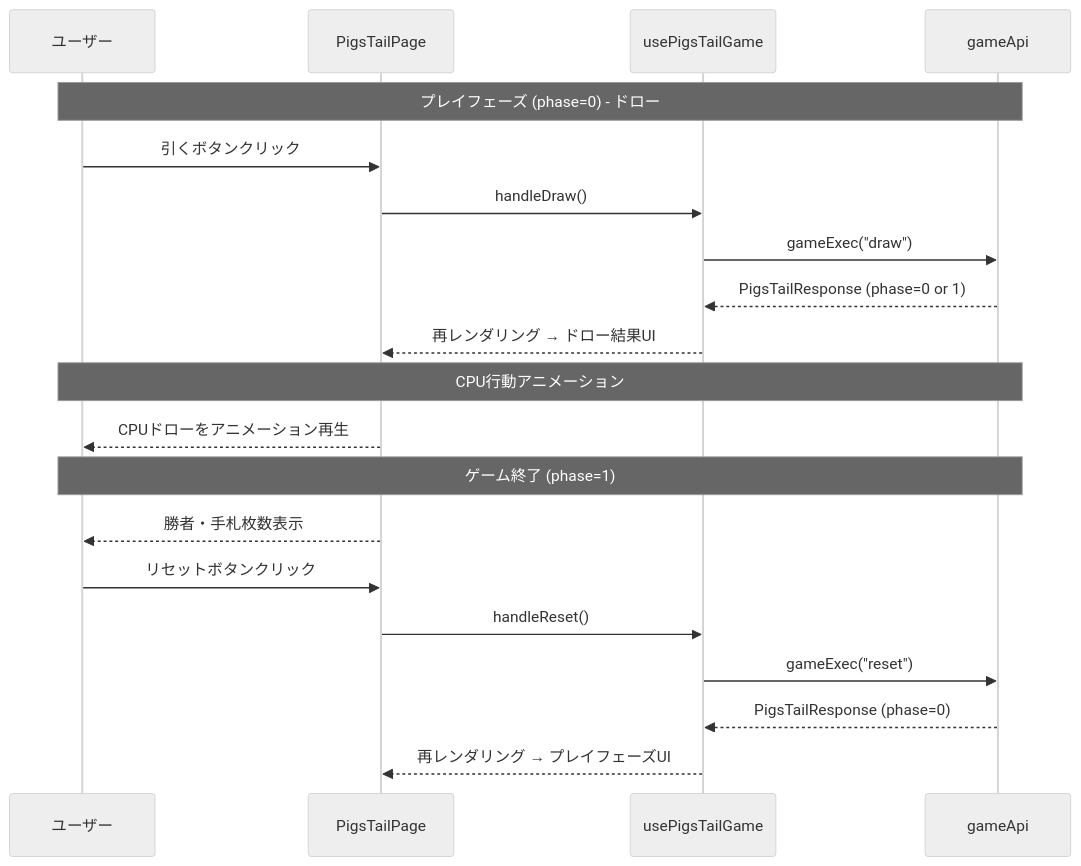
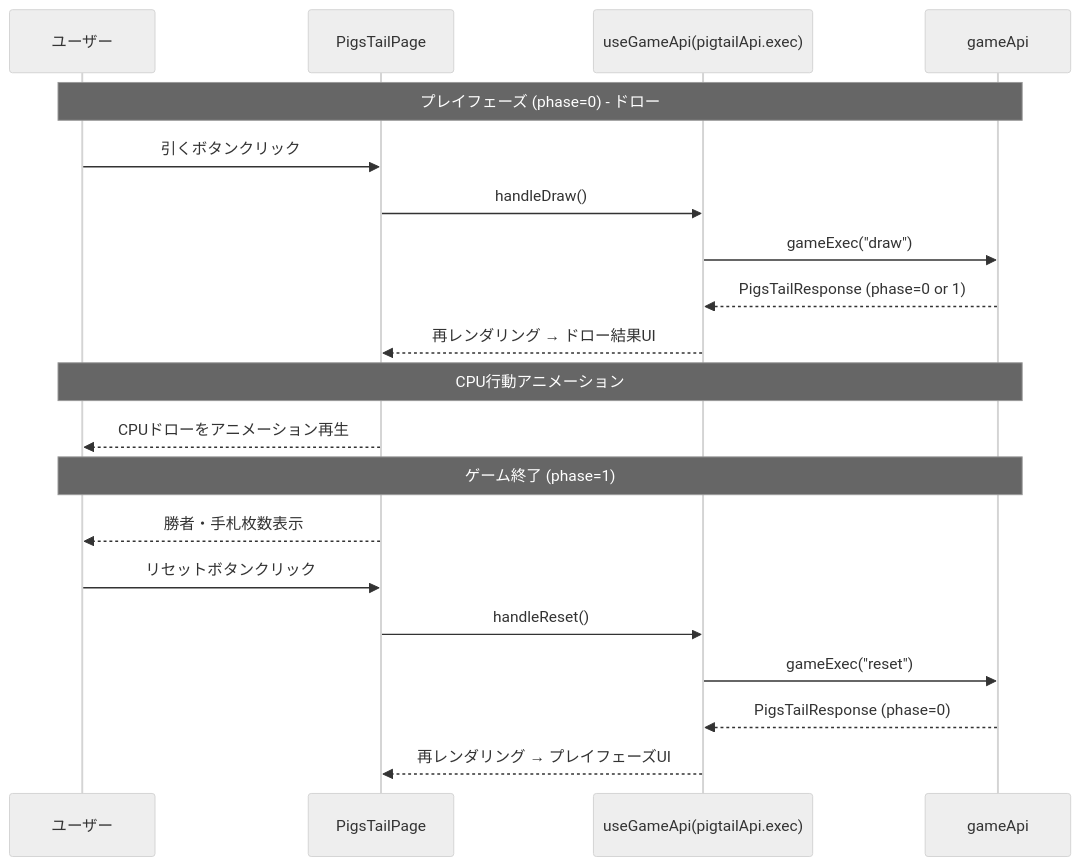
Diagram 23 of 49 in docs/design/frontend.md (yuta-yoshinaga/go_trumpcards), drawn with Mermaid (neutral theme) before and after one commit. The commit also changed other lines of this file and 12 other files, not shown here.

````diff
--- a/docs/design/frontend.md
+++ b/docs/design/frontend.md
@@ -2557,25 +2517,25 @@
 ```mermaid
 sequenceDiagram
     participant User as ユーザー
     participant Page as PigsTailPage
-    participant Hook as usePigsTailGame
+    participant Hook as useGameApi(pigtailApi.exec)
     participant API as gameApi
 
     Note over User,API: プレイフェーズ (phase=0) - ドロー
     User->>Page: 引くボタンクリック
     Page->>Hook: handleDraw()
     Hook->>API: gameExec("draw")
     API-->>Hook: PigsTailResponse (phase=0 or 1)
     Hook-->>Page: 再レンダリング → ドロー結果UI
 
     Note over User,API: CPU行動アニメーション
     Page-->>User: CPUドローをアニメーション再生
 
     Note over User,API: ゲーム終了 (phase=1)
     Page-->>User: 勝者・手札枚数表示
     User->>Page: リセットボタンクリック
     Page->>Hook: handleReset()
     Hook->>API: gameExec("reset")
     API-->>Hook: PigsTailResponse (phase=0)
     Hook-->>Page: 再レンダリング → プレイフェーズUI
 ```
````
